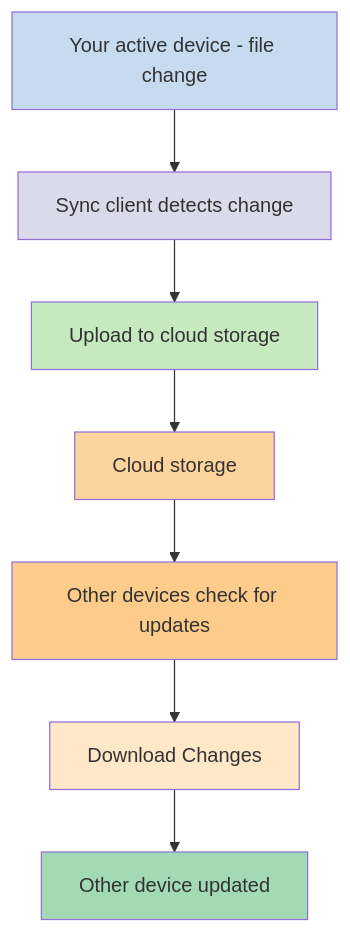
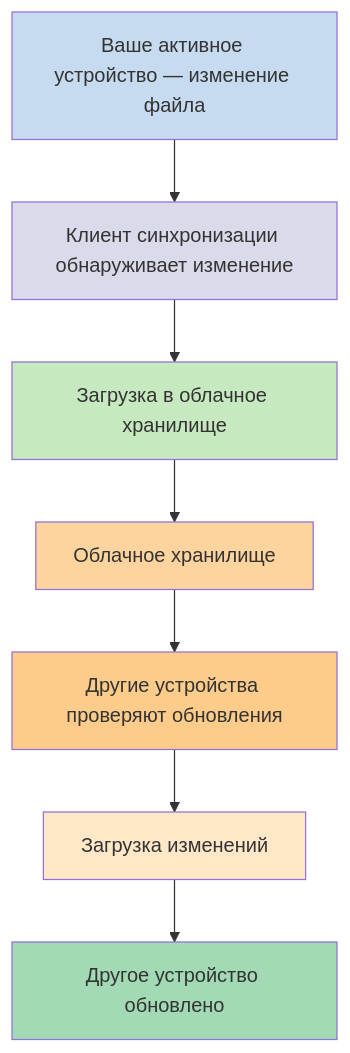
The first of 2 diagrams in ru/Obsidian Sync/Локальные и удалённые хранилища.md (obsidianmd/obsidian-help), drawn with Mermaid before and after one commit. The commit also changed other lines of this file and 135 other files, not shown here.

````diff
--- a/ru/Obsidian Sync/Локальные и удалённые хранилища.md
+++ b/ru/Obsidian Sync/Локальные и удалённые хранилища.md
@@ -34,24 +32,24 @@
 ```mermaid
 graph TD
-    A[Your active device - file change]
-    B[Sync client detects change]
-    C[Upload to cloud storage]
-    D[Cloud storage]
-    E[Other devices check for updates]
-    F[Download Changes]
-    G[Other device updated]
+    A[Ваше активное устройство — изменение файла]
+    B[Клиент синхронизации обнаруживает изменение]
+    C[Загрузка в облачное хранилище]
+    D[Облачное хранилище]
+    E[Другие устройства проверяют обновления]
+    F[Загрузка изменений]
+    G[Другое устройство обновлено]
     
     A --> B
     B --> C
     C --> D
     D --> E
     E --> F
     F --> G
     style A fill:#c6dbef
     style B fill:#dadaeb
     style C fill:#c7e9c0
     style D fill:#fdd49e
     style E fill:#fdcc8a
     style F fill:#fee8c8
     style G fill:#a1dab4
 ```
````
